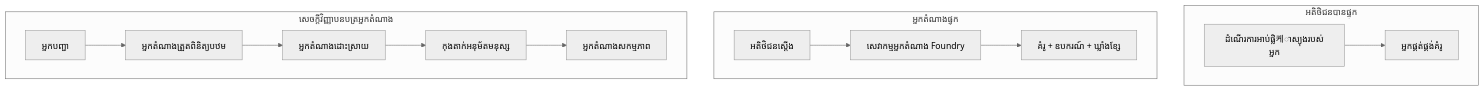
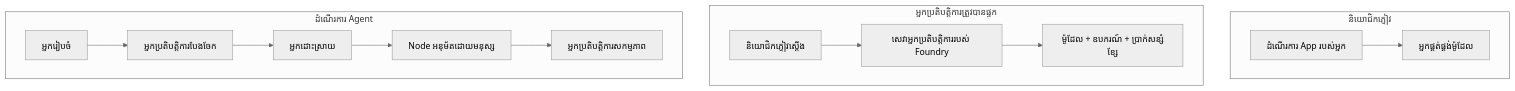
One commit to gabrielmoreira/agent-skills-mirror changed the first of 4 diagrams in mirrors/repos/microsoft@ai-agents-for-beginners/translations/km/16-deploying-scalable-agents/README.md. Above: the diagram before and after it, drawn with Mermaid (neutral theme). The commit also changed other lines of this file and 4262 other files, not shown here.

````diff
--- a/mirrors/repos/microsoft@ai-agents-for-beginners/translations/km/16-deploying-scalable-agents/README.md
+++ b/mirrors/repos/microsoft@ai-agents-for-beginners/translations/km/16-deploying-scalable-agents/README.md
@@ -87,16 +87,16 @@
 ```mermaid
 flowchart TB
-    subgraph P1[អតិថិជនបានផ្ទុក]
-        A1[ដំណើរការអាប់ផ្លិ케ាស្យុងរបស់អ្នក] --> M1[អ្នកផ្គត់ផ្គង់គំរូ]
+    subgraph P1[និយោជិកភ្ញៀវ]
+        A1[ដំណើរការ App របស់អ្នក] --> M1[អ្នកផ្គត់ផ្គង់ម៉ូដែល]
     end
-    subgraph P2[អ្នកតំណាងផ្ទុក]
-        A2[អតិថិជនស្តើង] --> F2[សេវាកម្មអ្នកតំណាង Foundry]
-        F2 --> M2[គំរូ + ឧបករណ៍ + ឃ្លាំងខ្សែ]
+    subgraph P2[អ្នកប្រតិបត្តិការត្រូវបានផ្ទុក]
+        A2[និយោជិកភ្ញៀវស្ដើង] --> F2[សេវាអ្នកប្រតិបត្តិការរបស់ Foundry]
+        F2 --> M2[ម៉ូដែល + ឧបករណ៍ + ប្រាក់សន្សំខ្សែ]
     end
-    subgraph P3[សេចក្ដីវិញ្ញាបនបត្រអ្នកតំណាង]
-        A3[អ្នកបញ្ជា] --> S1[អ្នកតំណាងត្រួតពិនិត្យបឋម]
-        S1 --> S2[អ្នកតំណាងដោះស្រាយ]
-        S2 --> H[កុងតាក់អនុម័តមនុស្ស]
-        H --> S3[អ្នកតំណាងសកម្មភាព]
+    subgraph P3[ដំណើរការ Agent]
+        A3[អ្នករៀបចំ] --> S1[អ្នកប្រតិបត្តិការបែងចែក]
+        S1 --> S2[អ្នកដោះស្រាយ]
+        S2 --> H[Node អនុម័តដោយមនុស្ស]
+        H --> S3[អ្នកប្រតិបត្តិការសកម្មភាព]
     end
 ```
````
